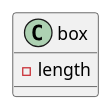
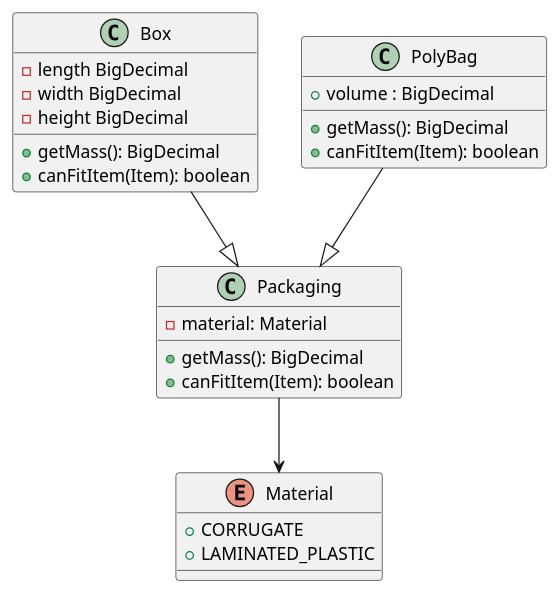
One commit to BloomTechBackend/bd-designing-with-java-project-Rappyyy changed the diagram in src/resources/mastery_task_03_CD.puml. Above: the diagram before and after it, drawn with PlantUML. The commit also changed 4 other files, not shown here.

```diff
--- a/src/resources/mastery_task_03_CD.puml
+++ b/src/resources/mastery_task_03_CD.puml
@@ -1,11 +1,38 @@
 @startuml
 'https://plantuml.com/class-diagram
 
-class box{
--length
+class Packaging {
 
+ -material: Material
+  +getMass(): BigDecimal
+  +canFitItem(Item): boolean
+}
 
+class Box {
 
+ +getMass(): BigDecimal
+  +canFitItem(Item): boolean
+- length BigDecimal
+-width BigDecimal
+-height BigDecimal
 
 }
+
+class PolyBag {
+
++volume : BigDecimal
++getMass(): BigDecimal
++canFitItem(Item): boolean
+
+}
+
+enum Material {
++ CORRUGATE
++ LAMINATED_PLASTIC
+}
+
+PolyBag --|> Packaging
+Box --|> Packaging
+Packaging --> Material
+
 @enduml
```
